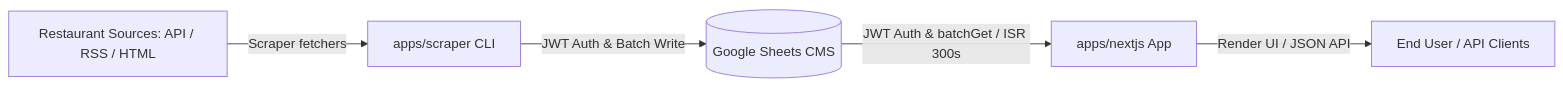
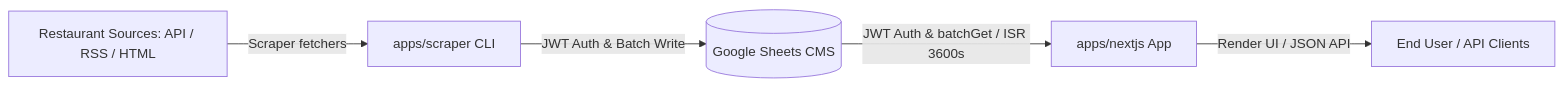
Before and after one commit to joonasmkauppinen/yle-campus-lunch-list: the diagram in AGENTS.md, drawn with Mermaid. The commit also changed 5 other files, not shown here.

````diff
--- a/AGENTS.md
+++ b/AGENTS.md
@@ -58,7 +58,7 @@
 ```mermaid
 flowchart LR
     A[Restaurant Sources: API / RSS / HTML] -->|Scraper fetchers| B[apps/scraper CLI]
     B -->|JWT Auth & Batch Write| C[(Google Sheets CMS)]
-    C -->|JWT Auth & batchGet / ISR 300s| D[apps/nextjs App]
+    C -->|JWT Auth & batchGet / ISR 3600s| D[apps/nextjs App]
     D -->|Render UI / JSON API| E[End User / API Clients]
 ```
````
